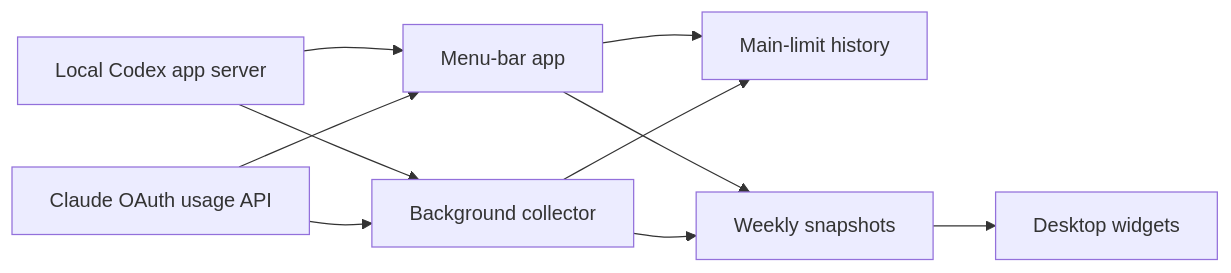
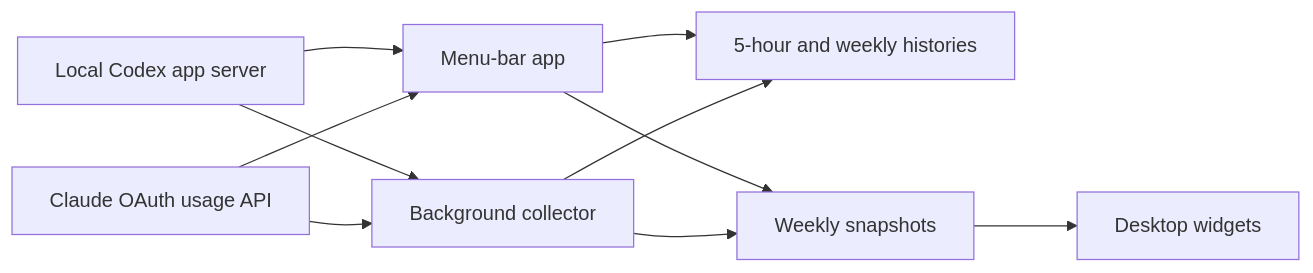
The diagram in README.md (NSErfan/codex-limits), drawn with Mermaid before and after one commit. The commit also changed other lines of this file and 24 other files, not shown here.

First line of the commit message:
Show both usage limits with independently selectable charts

````diff
--- a/README.md
+++ b/README.md
@@ -303,12 +318,12 @@
 ```mermaid
 flowchart LR
     CLI[Local Codex app server] --> App[Menu-bar app]
     CLI --> Collector[Background collector]
     Claude[Claude OAuth usage API] --> App
     Claude --> Collector
-    App --> History[Main-limit history]
+    App --> History[5-hour and weekly histories]
     Collector --> History
     App --> Weekly[Weekly snapshots]
     Collector --> Weekly
     Weekly --> Widgets[Desktop widgets]
 ```
````
